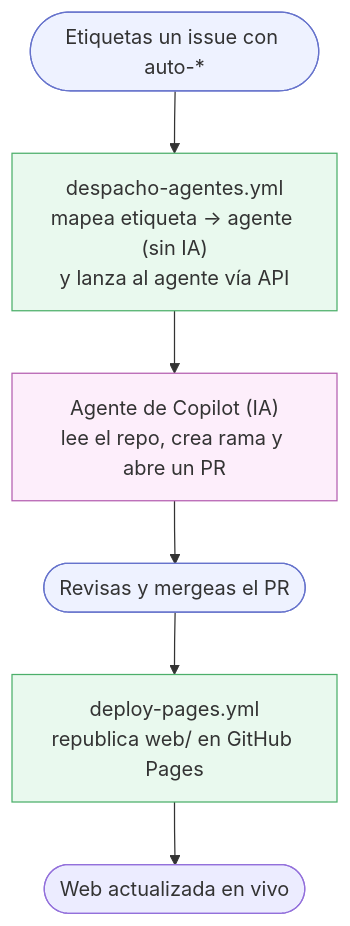
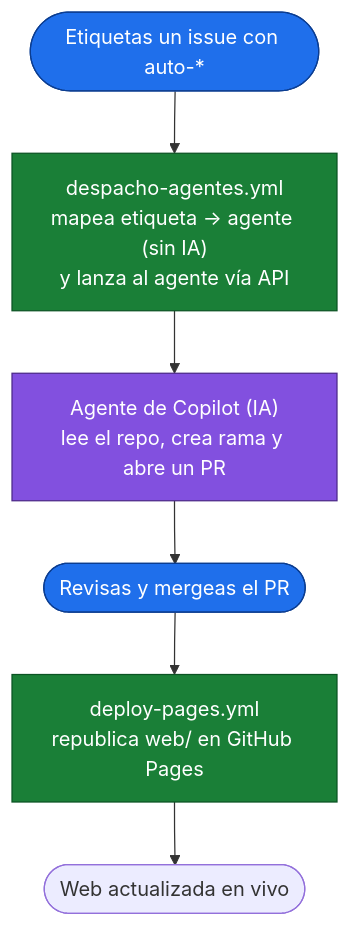
Before and after one commit to vmfernandezg/poc-agentes-github: the diagram in README.md, drawn with Mermaid. The commit also changed other lines of this file and 1 other file, not shown here.

Commit message:
docs: mejorar contraste y legibilidad de los diagramas Mermaid + leyenda

````diff
--- a/README.md
+++ b/README.md
@@ -27,11 +27,11 @@
 ```mermaid
 flowchart TD
     U([Etiquetas un issue con auto-*]):::humano --> W1
     W1["despacho-agentes.yml<br/>mapea etiqueta → agente (sin IA)<br/>y lanza al agente vía API"]:::yaml --> AG
     AG["Agente de Copilot (IA)<br/>lee el repo, crea rama y abre un PR"]:::ia --> H
     H([Revisas y mergeas el PR]):::humano --> W2
     W2["deploy-pages.yml<br/>republica web/ en GitHub Pages"]:::yaml --> LIVE([Web actualizada en vivo])
-    classDef humano fill:#eef2ff,stroke:#6673cc
-    classDef yaml fill:#e9f9ee,stroke:#4caf6a
-    classDef ia fill:#fdeefb,stroke:#b45fb0
+    classDef humano fill:#1f6feb,stroke:#0b3d91,color:#ffffff
+    classDef yaml fill:#1a7f37,stroke:#0b5323,color:#ffffff
+    classDef ia fill:#8250df,stroke:#4c2889,color:#ffffff
 ```
````
